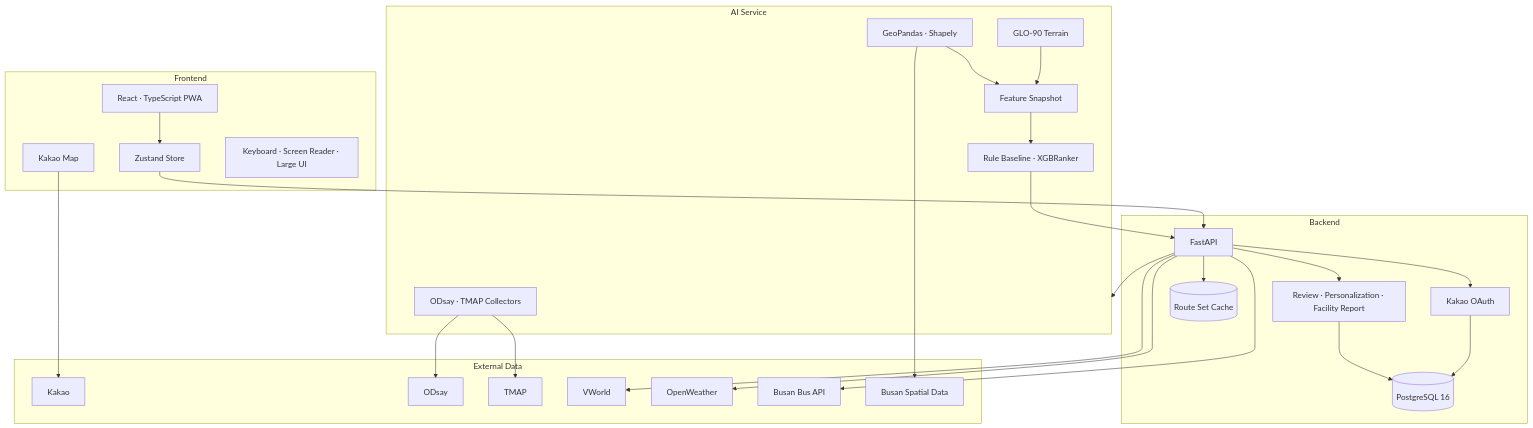
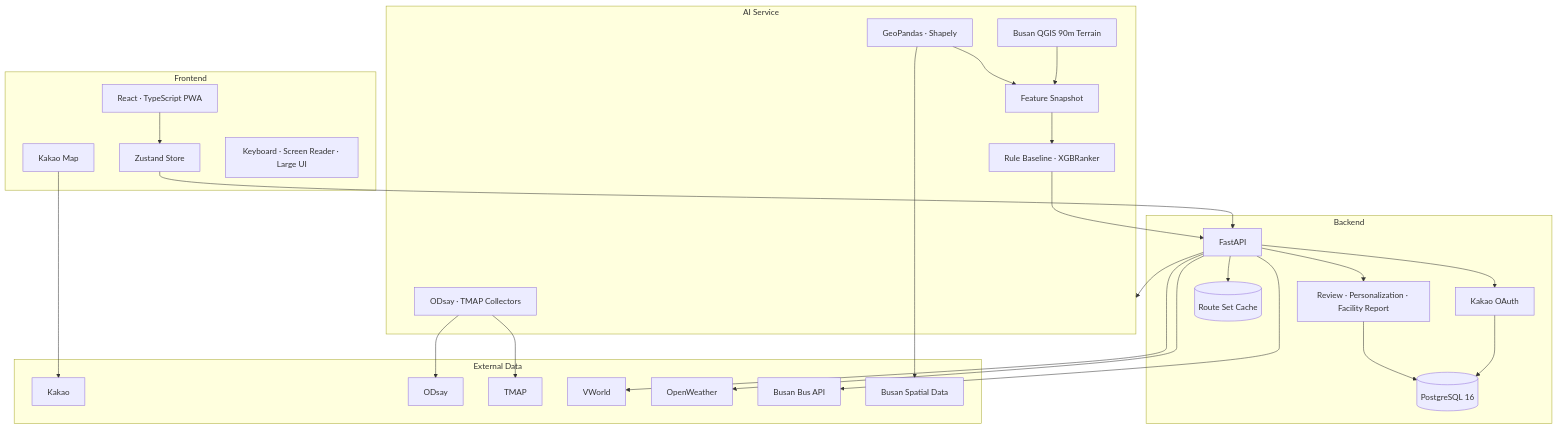
Before and after one commit to LxNx-Hn/KT-10: the second of 2 diagrams in README.md, drawn with Mermaid. The commit also changed other lines of this file and 49 other files, not shown here.

````diff
--- a/README.md
+++ b/README.md
@@ -406,55 +407,55 @@
 ```mermaid
 flowchart TB
     subgraph Client["Frontend"]
         PWA["React · TypeScript PWA"]
         STORE["Zustand Store"]
         MAP["Kakao Map"]
         A11Y["Keyboard · Screen Reader · Large UI"]
     end
 
     subgraph Server["Backend"]
         API["FastAPI"]
         AUTH["Kakao OAuth"]
         FEEDBACK["Review · Personalization · Facility Report"]
         DB[("PostgreSQL 16")]
         CACHE[("Route Set Cache")]
     end
 
     subgraph AI["AI Service"]
         COLLECT["ODsay · TMAP Collectors"]
         GEO["GeoPandas · Shapely"]
-        DEM["GLO-90 Terrain"]
+        DEM["Busan QGIS 90m Terrain"]
         SNAPSHOT["Feature Snapshot"]
         RANK["Rule Baseline · XGBRanker"]
     end
 
     subgraph External["External Data"]
         KAKAO["Kakao"]
         ODSAY["ODsay"]
         TMAP["TMAP"]
         VWORLD["VWorld"]
         WEATHER["OpenWeather"]
         BUS["Busan Bus API"]
         LAYERS["Busan Spatial Data"]
     end
 
     PWA --> STORE
     STORE --> API
     MAP --> KAKAO
     API --> AUTH
     API --> FEEDBACK
     AUTH --> DB
     FEEDBACK --> DB
     API --> CACHE
     API --> AI
     COLLECT --> ODSAY
     COLLECT --> TMAP
     GEO --> LAYERS
     DEM --> SNAPSHOT
     GEO --> SNAPSHOT
     API --> VWORLD
     API --> WEATHER
     API --> BUS
     SNAPSHOT --> RANK
     RANK --> API
 ```
````
